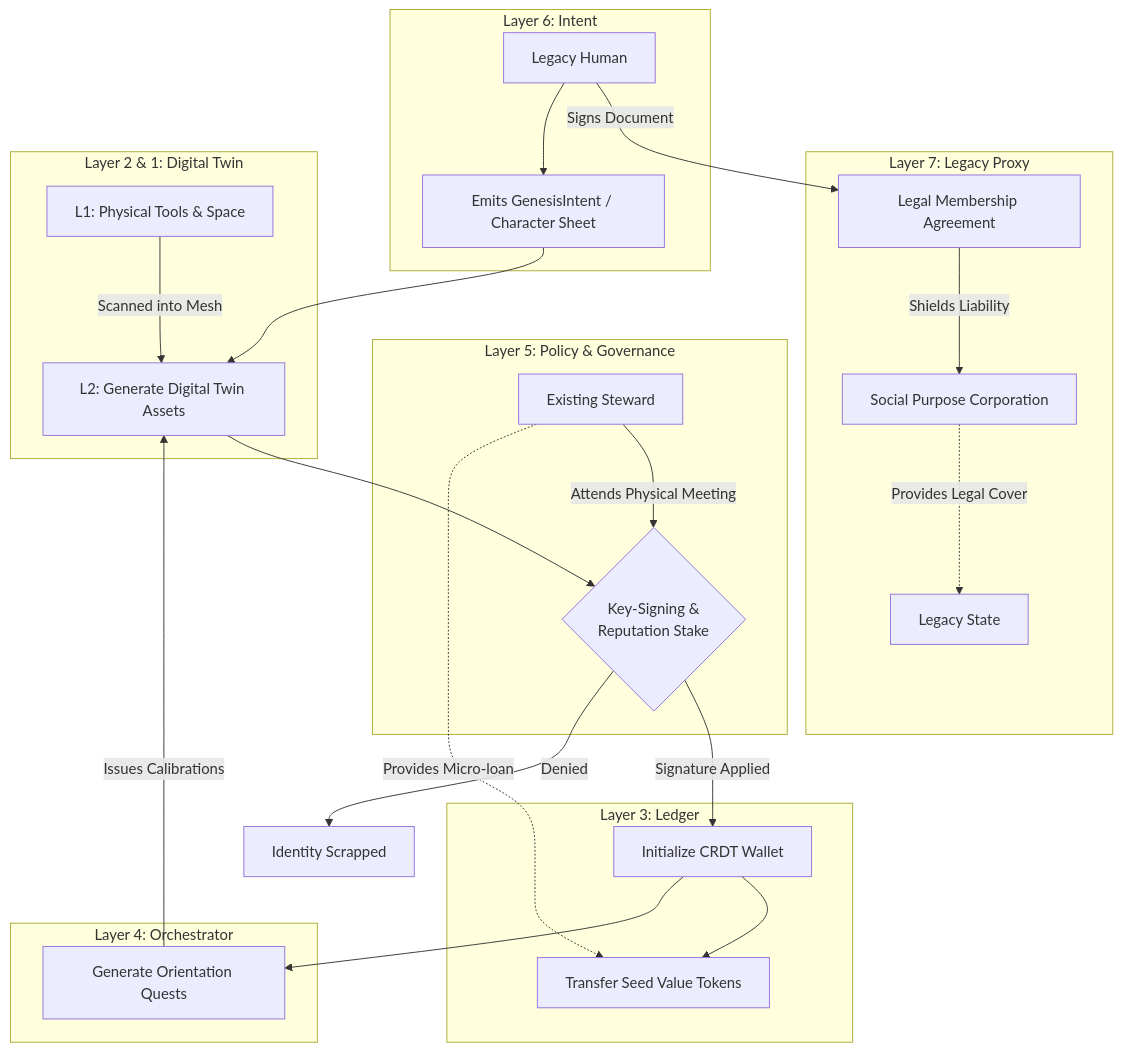
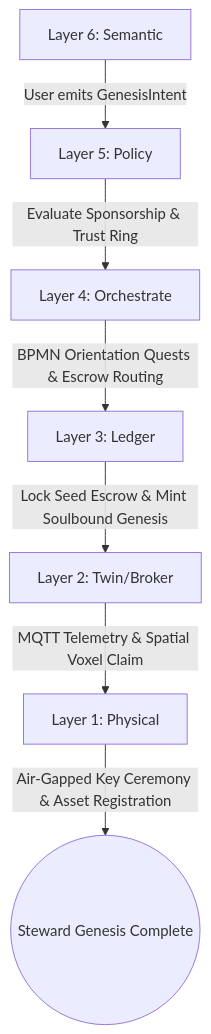
One commit to raffaine/collective changed the first of 4 diagrams in docs/scenarios/tau_genesis.md. Above: the diagram before and after it, drawn with Mermaid. The commit also changed other lines of this file and 62 other files, not shown here.

First line of the commit message:
feat(sprint-1): Oasis V4 WebGPU Engine & Sovereign Stack V2 Architecture

````diff
--- a/docs/scenarios/tau_genesis.md
+++ b/docs/scenarios/tau_genesis.md
@@ -44,54 +39,9 @@
 ```mermaid
 graph TD
-    subgraph Layer 7: Legacy Proxy
-        State[Legacy State]
-        SPC[Social Purpose Corporation]
-        Waiver[Legal Membership Agreement]
-    end
-
-    subgraph Layer 6: Intent
-        LegacyHuman[Legacy Human]
-        Intent[Emits GenesisIntent / Character Sheet]
-    end
-
-    subgraph Layer 5: Policy & Governance
-        Sponsor[Existing Steward]
-        Vouch{Key-Signing & <br> Reputation Stake}
-    end
-
-    subgraph Layer 4: Orchestrator
-        BPMN[Generate Orientation Quests]
-    end
-
-    subgraph Layer 3: Ledger
-        Wallet[Initialize CRDT Wallet]
-        Seed[Transfer Seed Value Tokens]
-    end
-
-    subgraph Layer 2 & 1: Digital Twin
-        L1_Tools[L1: Physical Tools & Space]
-        L2_Mapping[L2: Generate Digital Twin Assets]
-    end
-
-    %% Legacy Flow
-    LegacyHuman -->|Signs Document| Waiver
-    Waiver -->|Shields Liability| SPC
-    SPC -.->|Provides Legal Cover| State
-
-    %% Genesis Flow
-    LegacyHuman --> Intent
-    Intent --> L2_Mapping
-    L1_Tools -->|Scanned into Mesh| L2_Mapping
-    
-    L2_Mapping --> Vouch
-    Sponsor -->|Attends Physical Meeting| Vouch
-    
-    Vouch -->|Signature Applied| Wallet
-    Vouch -->|Denied| Reject[Identity Scrapped]
-    
-    Wallet --> Seed
-    Sponsor -.->|Provides Micro-loan| Seed
-    
-    Wallet --> BPMN
-    BPMN -->|Issues Calibrations| L2_Mapping
+    L6[Layer 6: Semantic] -->|User emits GenesisIntent| L5[Layer 5: Policy]
+    L5 -->|Evaluate Sponsorship & Trust Ring| L4[Layer 4: Orchestrate]
+    L4 -->|BPMN Orientation Quests & Escrow Routing| L3[Layer 3: Ledger]
+    L3 -->|Lock Seed Escrow & Mint Soulbound Genesis| L2[Layer 2: Twin/Broker]
+    L2 -->|MQTT Telemetry & Spatial Voxel Claim| L1[Layer 1: Physical]
+    L1 -->|Air-Gapped Key Ceremony & Asset Registration| End((Steward Genesis Complete))
 ```
````
